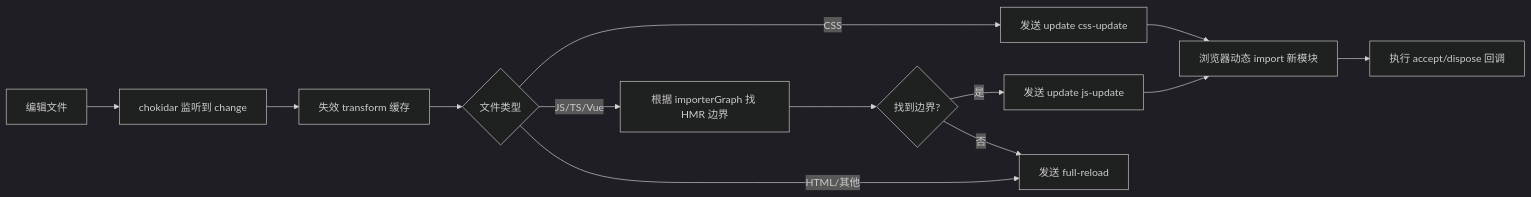
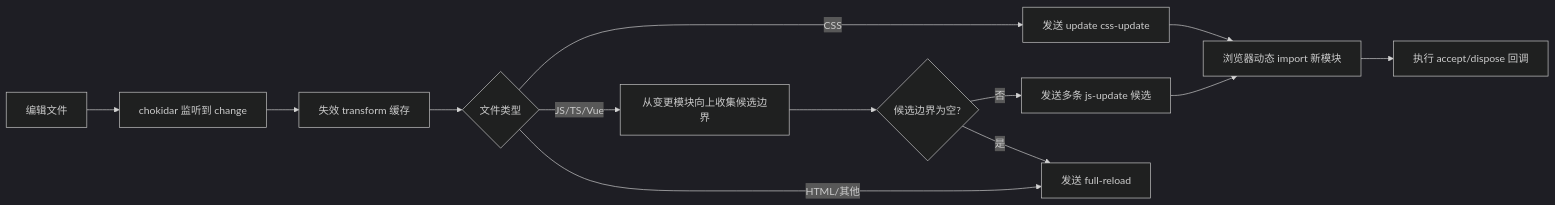
Before and after one commit to Little-LittleProgrammer/mini-impl: the diagram in packages/mini-vite/docs/HMR原理解析.md, drawn with Mermaid (dark theme). The commit also changed other lines of this file and 3 other files, not shown here.

````diff
--- a/packages/mini-vite/docs/HMR原理解析.md
+++ b/packages/mini-vite/docs/HMR原理解析.md
@@ -51,15 +51,15 @@
 ```mermaid
 flowchart LR
   A[编辑文件] --> B[chokidar 监听到 change]
   B --> C[失效 transform 缓存]
   C --> D{文件类型}
   D -->|CSS| E[发送 update css-update]
-  D -->|JS/TS/Vue| F[根据 importerGraph 找 HMR 边界]
-  F --> G{找到边界?}
-  G -->|是| H[发送 update js-update]
-  G -->|否| I[发送 full-reload]
+  D -->|JS/TS/Vue| F[从变更模块向上收集候选边界]
+  F --> G{候选边界为空?}
+  G -->|否| H[发送多条 js-update 候选]
+  G -->|是| I[发送 full-reload]
   D -->|HTML/其他| I
   H --> J[浏览器动态 import 新模块]
   E --> J
   J --> K[执行 accept/dispose 回调]
 ```
````
